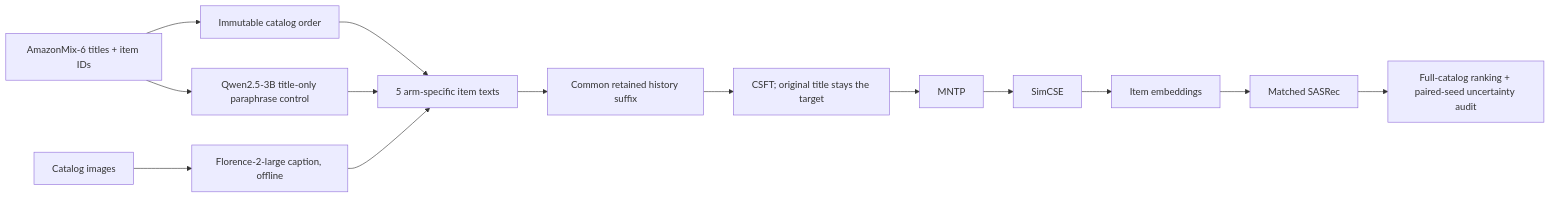
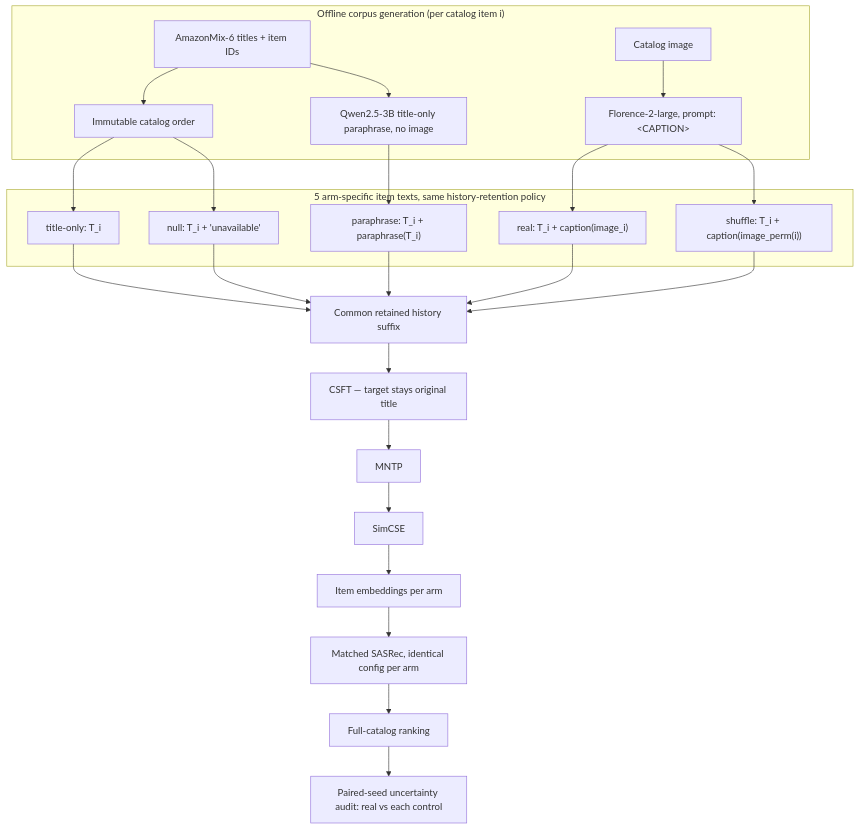
Before and after one commit to emanhthangngot/LLM2Rec-Enhanced: the fifth of 6 diagrams in README.md, drawn with Mermaid. The commit also changed other lines of this file, not shown here.

Commit message:
docs: version-tracked lineage with diverse SOTA landscape and clearer branch diagrams

````diff
--- a/README.md
+++ b/README.md
@@ -74,14 +119,21 @@
 ```mermaid
-flowchart LR
-    A[AmazonMix-6 titles + item IDs] --> D[Immutable catalog order]
-    B[Catalog images] --> E[Florence-2-large caption, offline]
-    A --> F[Qwen2.5-3B title-only paraphrase control]
-    D --> G[5 arm-specific item texts]
-    E --> G
-    F --> G
-    G --> H[Common retained history suffix]
-    H --> I[CSFT; original title stays the target]
-    I --> J[MNTP] --> K[SimCSE] --> L[Item embeddings]
-    L --> M[Matched SASRec]
-    M --> N[Full-catalog ranking + paired-seed uncertainty audit]
+flowchart TB
+    subgraph Corpus["Offline corpus generation (per catalog item i)"]
+        A[AmazonMix-6 titles + item IDs] --> D[Immutable catalog order]
+        B[Catalog image] --> E["Florence-2-large, prompt: &lt;CAPTION&gt;"]
+        A --> F["Qwen2.5-3B title-only paraphrase, no image"]
+    end
+    subgraph Arms["5 arm-specific item texts, same history-retention policy"]
+        D --> G1[title-only: T_i]
+        D --> G2["null: T_i + 'unavailable'"]
+        E --> G3["real: T_i + caption(image_i)"]
+        E --> G4["shuffle: T_i + caption(image_perm(i))"]
+        F --> G5["paraphrase: T_i + paraphrase(T_i)"]
+    end
+    G1 & G2 & G3 & G4 & G5 --> H[Common retained history suffix]
+    H --> I["CSFT — target stays original title"]
+    I --> J[MNTP] --> K[SimCSE] --> L[Item embeddings per arm]
+    L --> M[Matched SASRec, identical config per arm]
+    M --> N[Full-catalog ranking]
+    N --> O["Paired-seed uncertainty audit: real vs each control"]
 ```
````
